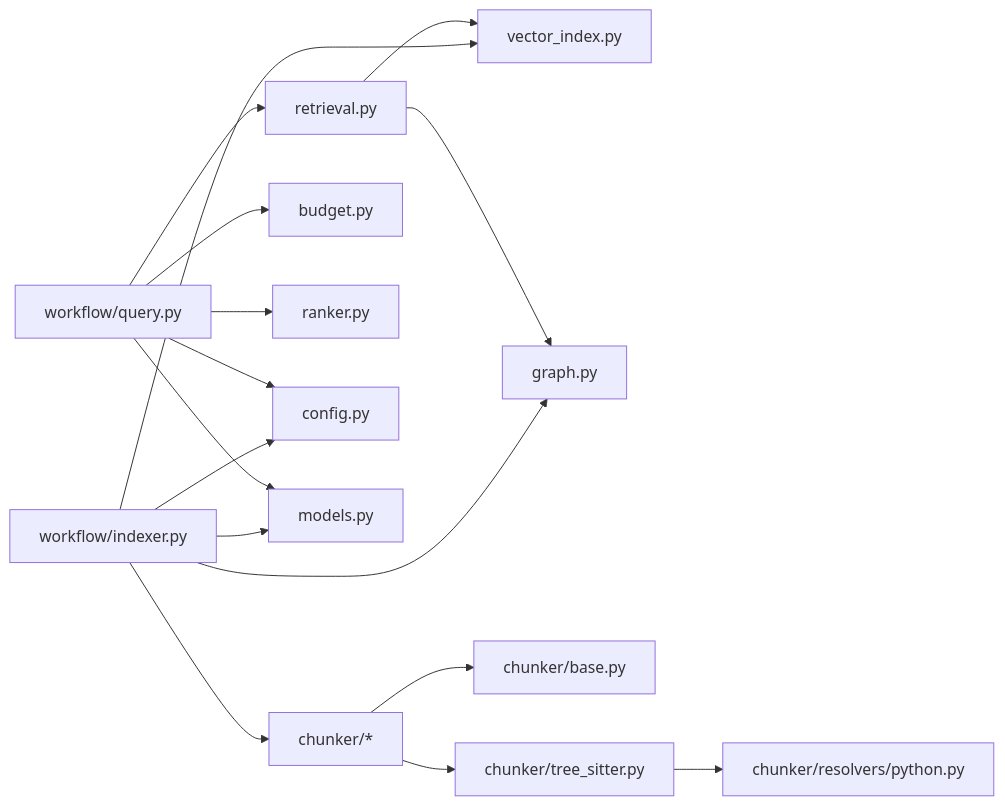
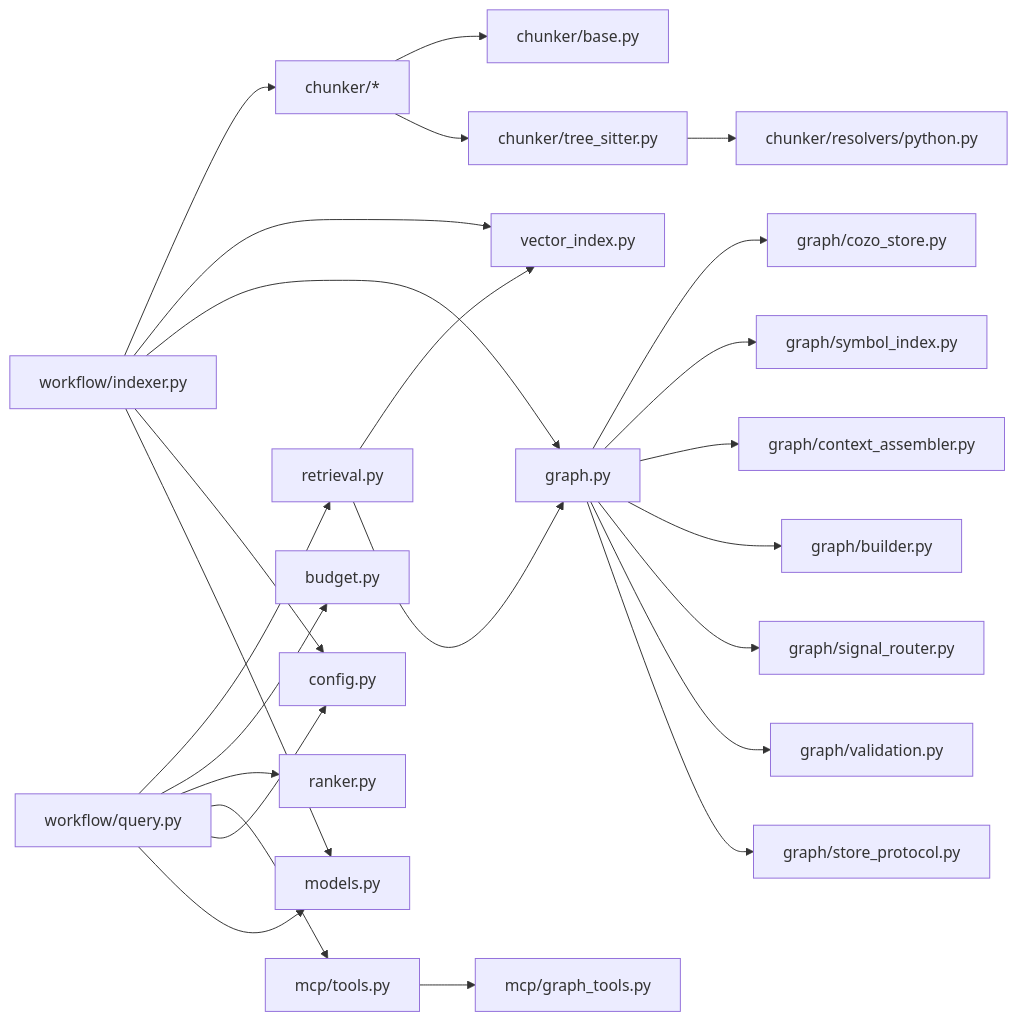
One commit to maemreyo/zmr-ctx-paker changed diagram 14 of 14 in .qoder/repowiki/en/content/Core Modules/Core Modules.md. Above: the diagram before and after it, drawn with Mermaid. The commit also changed other lines of this file and 25 other files, not shown here.

````diff
--- a/.qoder/repowiki/en/content/Core Modules/Core Modules.md
+++ b/.qoder/repowiki/en/content/Core Modules/Core Modules.md
@@ -467,18 +697,27 @@
 ```mermaid
 graph LR
 WF_IDX["workflow/indexer.py"] --> CHUNK["chunker/*"]
 WF_IDX --> VI["vector_index.py"]
 WF_IDX --> GR["graph.py"]
 WF_QRY["workflow/query.py"] --> RET["retrieval.py"]
 WF_QRY --> BUD["budget.py"]
 WF_QRY --> RANK["ranker.py"]
 RET --> VI
 RET --> GR
 CHUNK --> BASE["chunker/base.py"]
 CHUNK --> TS["chunker/tree_sitter.py"]
 TS --> PYRES["chunker/resolvers/python.py"]
+GR --> COZO["graph/cozo_store.py"]
+GR --> SYMBOL["graph/symbol_index.py"]
+GR --> ASSEMBLER["graph/context_assembler.py"]
+GR --> BUILDER["graph/builder.py"]
+GR --> SIGNAL["graph/signal_router.py"]
+GR --> VALIDATE["graph/validation.py"]
+GR --> PROTOCOL["graph/store_protocol.py"]
+WF_QRY --> MCP_TOOLS["mcp/tools.py"]
+MCP_TOOLS --> GRAPH_TOOLS["mcp/graph_tools.py"]
 WF_IDX --> CFG["config.py"]
 WF_QRY --> CFG
 WF_IDX --> M["models.py"]
 WF_QRY --> M
 ```
````
